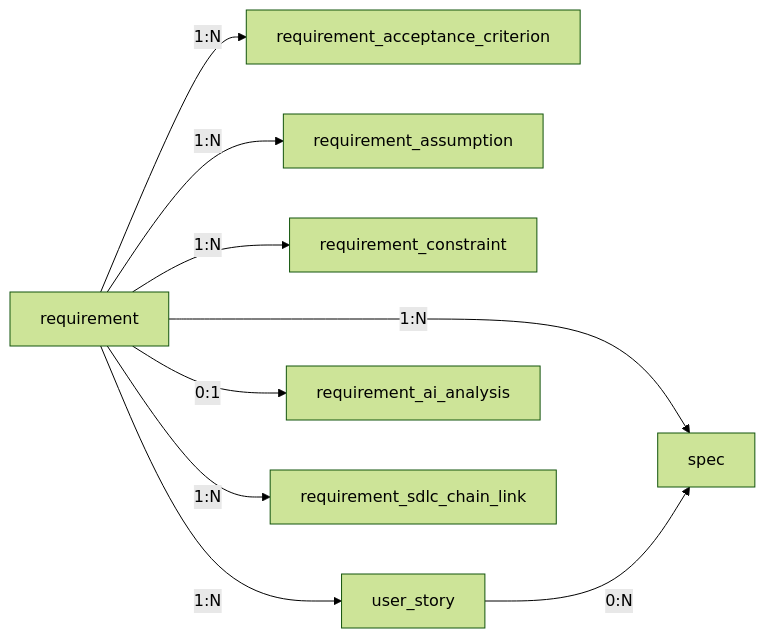
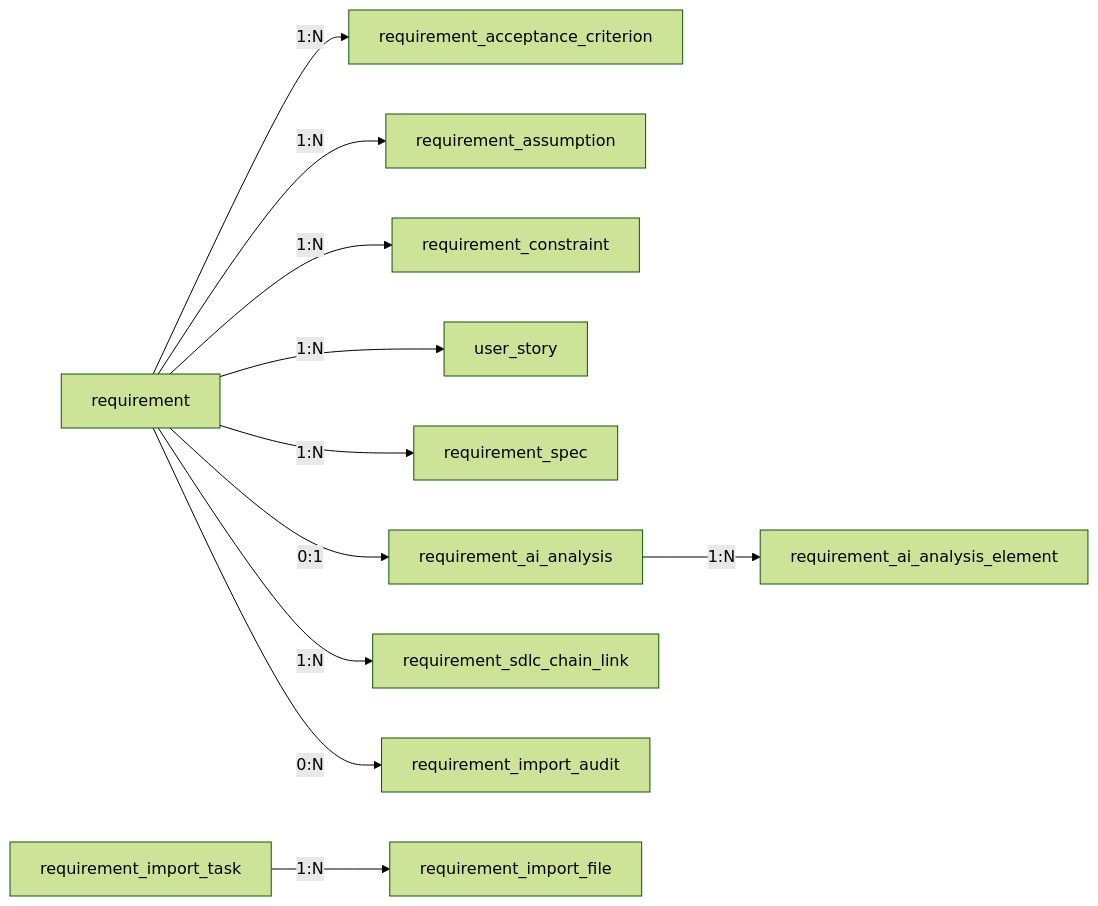
One commit to wwa-lab/Agentic-SDLC-Control-Tower changed the second of 2 diagrams in docs/04-architecture/requirement-data-model.md. Above: the diagram before and after it, drawn with Mermaid (forest theme). The commit also changed other lines of this file and 95 other files, not shown here.

Commit message:
feat: add kb-backed requirement intake flow

````diff
--- a/docs/04-architecture/requirement-data-model.md
+++ b/docs/04-architecture/requirement-data-model.md
@@ -676,11 +287,13 @@
 ```mermaid
 graph LR
     REQ["requirement"] -->|"1:N"| AC["requirement_acceptance_criterion"]
     REQ -->|"1:N"| AS["requirement_assumption"]
     REQ -->|"1:N"| CO["requirement_constraint"]
     REQ -->|"1:N"| US["user_story"]
-    REQ -->|"1:N"| SP["spec"]
-    US -->|"0:N"| SP
+    REQ -->|"1:N"| SP["requirement_spec"]
     REQ -->|"0:1"| AI["requirement_ai_analysis"]
+    AI -->|"1:N"| AIE["requirement_ai_analysis_element"]
     REQ -->|"1:N"| CL["requirement_sdlc_chain_link"]
+    REQ -->|"0:N"| IA["requirement_import_audit"]
+    IT["requirement_import_task"] -->|"1:N"| IF["requirement_import_file"]
 ```
````
